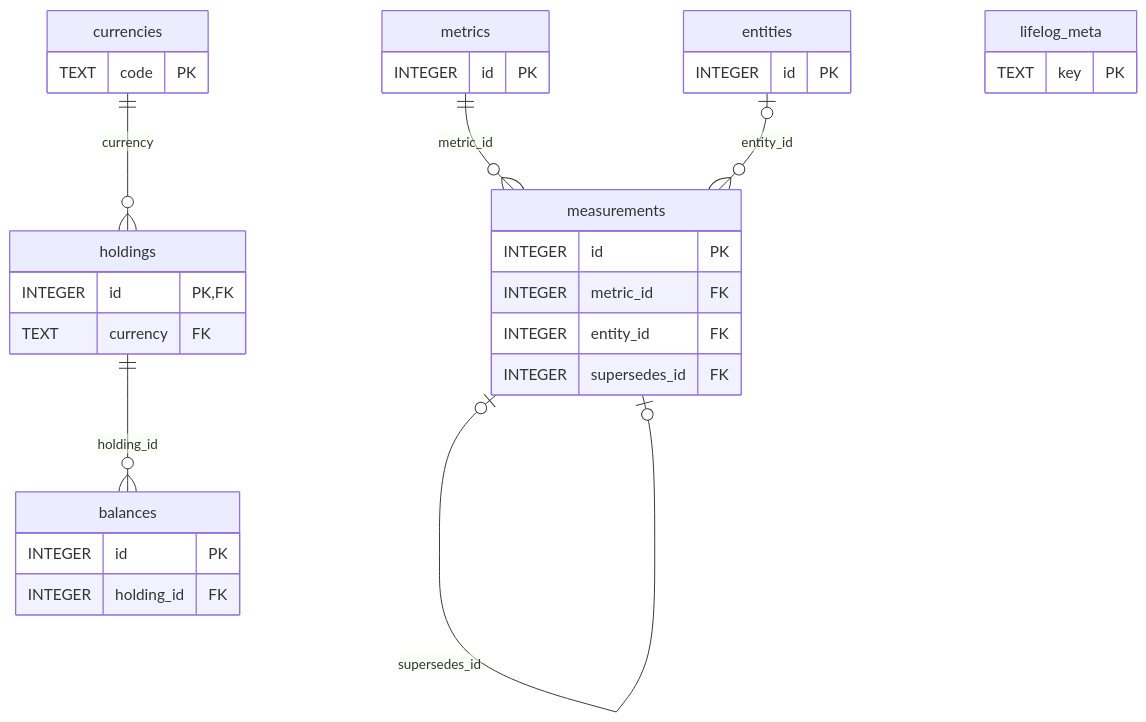
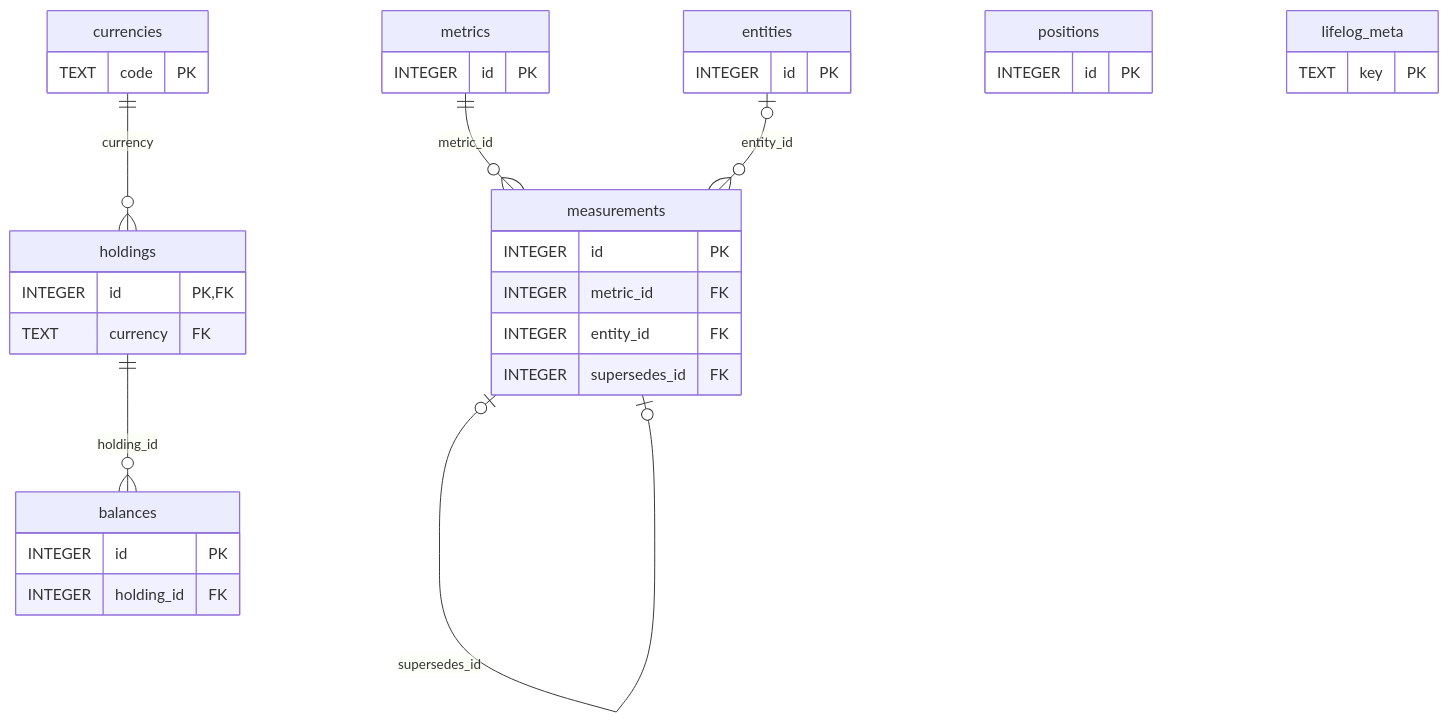
The fifth of 9 diagrams in SCHEMA.md (alexradunet/lifelogdb), drawn with Mermaid before and after one commit. The commit also changed other lines of this file and 8 other files, not shown here.

First line of the commit message:
SCHEMA.md D21, D22: location history in positions; an event's kind is an is-a link

````diff
--- a/SCHEMA.md
+++ b/SCHEMA.md
@@ -1084,36 +1127,39 @@
 ```mermaid
 %% diagram: er-facts
 erDiagram
     metrics     ||--o{ measurements : "metric_id"
     entities    |o--o{ measurements : "entity_id"
     measurements |o--o| measurements : "supersedes_id"
     holdings    ||--o{ balances     : "holding_id"
     currencies  ||--o{ holdings     : "currency"
 
     metrics {
         INTEGER id PK
     }
     measurements {
         INTEGER id PK
         INTEGER metric_id FK
         INTEGER entity_id FK
         INTEGER supersedes_id FK
     }
     entities {
         INTEGER id PK
     }
     holdings {
         INTEGER id PK, FK
         TEXT currency FK
     }
     balances {
         INTEGER id PK
         INTEGER holding_id FK
     }
     currencies {
         TEXT code PK
     }
+    positions {
+        INTEGER id PK
+    }
     lifelog_meta {
         TEXT key PK
     }
 ```
````
